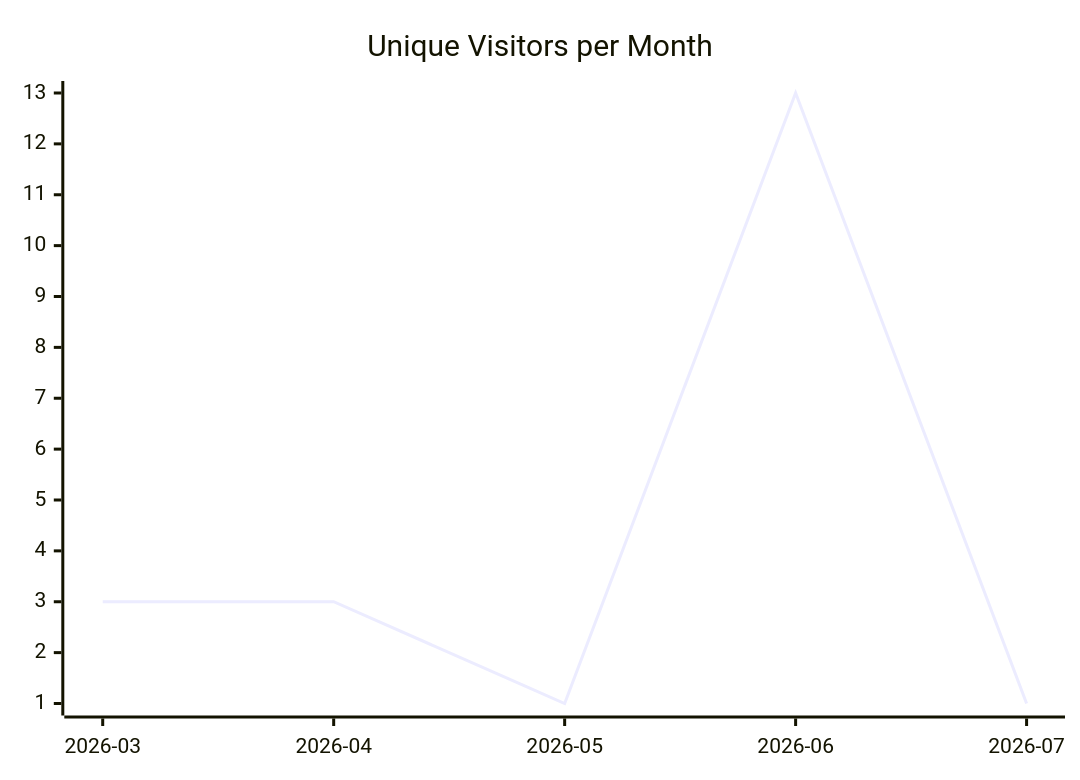
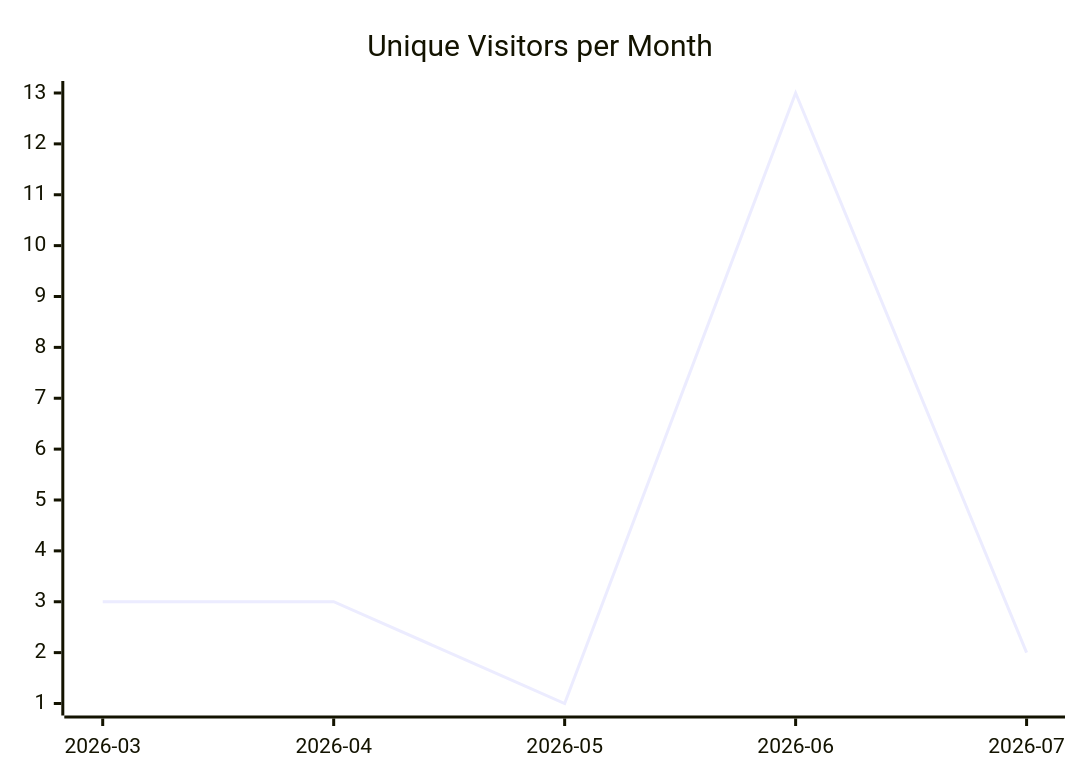
One commit to justdavis-family/github-analytics-data changed the first of 3 diagrams in karlmdavis/rps-tourney/README.md. Above: the diagram before and after it, drawn with Mermaid. The commit also changed other lines of this file and 185 other files, not shown here.

````diff
--- a/karlmdavis/rps-tourney/README.md
+++ b/karlmdavis/rps-tourney/README.md
@@ -5,6 +5,6 @@
 ```mermaid
 xychart-beta
   title "Unique Visitors per Month"
   x-axis ["2026-03", "2026-04", "2026-05", "2026-06", "2026-07"]
-  line [3, 3, 1, 13, 1]
+  line [3, 3, 1, 13, 2]
 ```
````
